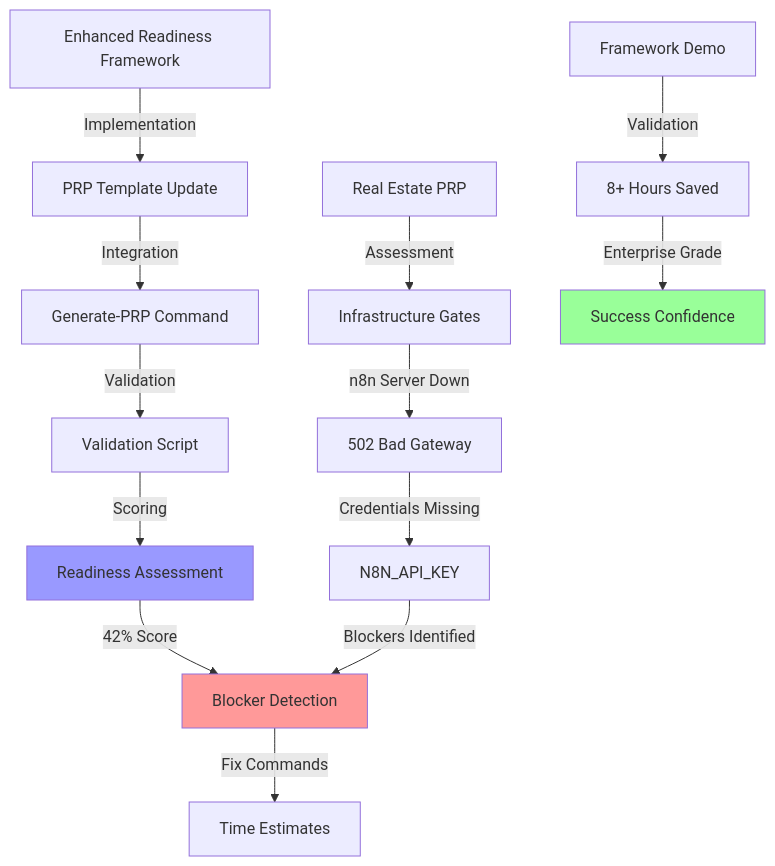
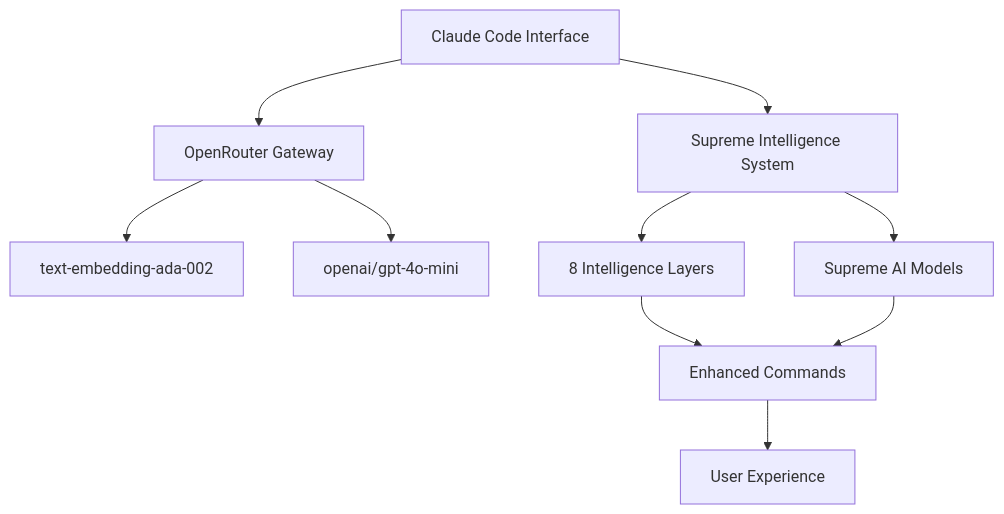
One commit to AIArmstrong/Armstrong-Artificial-Intelligence changed the diagram in dashboards/status.md. Above: the diagram before and after it, drawn with Mermaid. The commit also changed other lines of this file and 2522 other files, not shown here.

First line of the commit message:
AAI v2.5 Pre-Roman Release: Enhanced Intelligence & Standards Foundation

````diff
--- a/dashboards/status.md
+++ b/dashboards/status.md
@@ -33,21 +158,12 @@
 ```mermaid
 graph TD
-    A[Enhanced Readiness Framework] -->|Implementation| B[PRP Template Update]
-    B -->|Integration| C[Generate-PRP Command]
-    C -->|Validation| D[Validation Script]
-    D -->|Scoring| E[Readiness Assessment]
-    E -->|42% Score| F[Blocker Detection]
-    F -->|Fix Commands| G[Time Estimates]
-    
-    H[Real Estate PRP] -->|Assessment| I[Infrastructure Gates]
-    I -->|n8n Server Down| J[502 Bad Gateway]
-    J -->|Credentials Missing| K[N8N_API_KEY]
-    K -->|Blockers Identified| F
-    
-    L[Framework Demo] -->|Validation| M[8+ Hours Saved]
-    M -->|Enterprise Grade| N[Success Confidence]
-    
-    style F fill:#ff9999
-    style N fill:#99ff99
-    style E fill:#9999ff
+    A[Claude Code Interface] --> B[OpenRouter Gateway]
+    A --> C[Supreme Intelligence System]
+    B --> D[text-embedding-ada-002]
+    B --> E[openai/gpt-4o-mini]
+    C --> F[8 Intelligence Layers]
+    C --> G[Supreme AI Models]
+    F --> H[Enhanced Commands]
+    G --> H
+    H --> I[User Experience]
 ```
````
